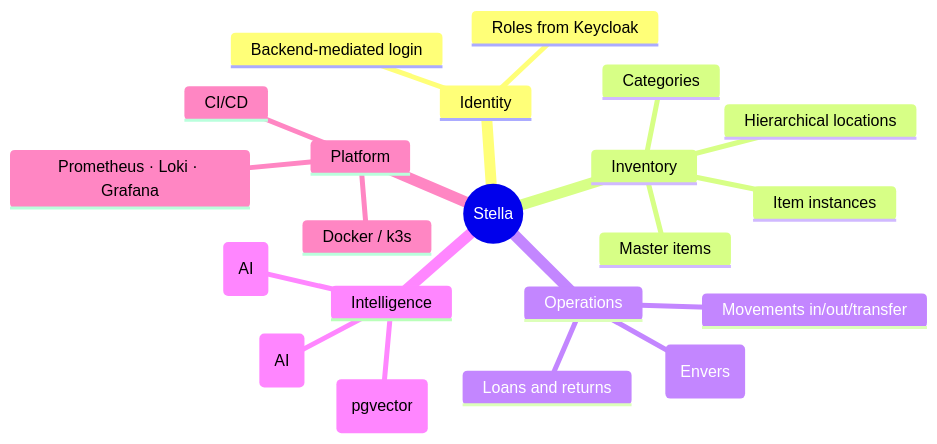
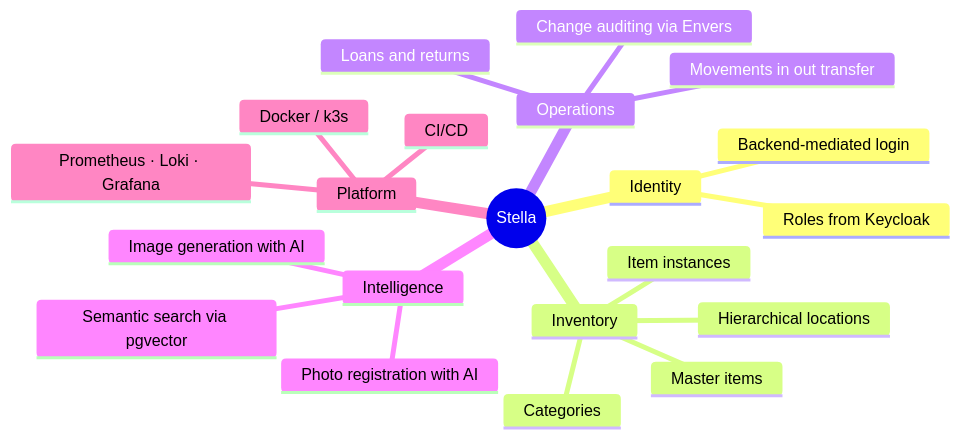
The diagram in docs/sdd/02-system-overview.md (munifgebara/cloud-native-java-pipeline), drawn with Mermaid before and after one commit. The commit also changed 6 other files, not shown here.

First line of the commit message:
Validate diagrams, complete cross-links and indexes

````diff
--- a/docs/sdd/02-system-overview.md
+++ b/docs/sdd/02-system-overview.md
@@ -12,24 +12,24 @@
 ```mermaid
 mindmap
   root((Stella))
     Identity
       Backend-mediated login
       Roles from Keycloak
     Inventory
       Categories
       Master items
       Item instances
       Hierarchical locations
     Operations
-      Movements in/out/transfer
+      Movements in out transfer
       Loans and returns
-      Change auditing (Envers)
+      Change auditing via Envers
     Intelligence
-      Photo registration (AI)
-      Image generation (AI)
-      Semantic search (pgvector)
+      Photo registration with AI
+      Image generation with AI
+      Semantic search via pgvector
     Platform
       Docker / k3s
       CI/CD
       Prometheus · Loki · Grafana
 ```
````
